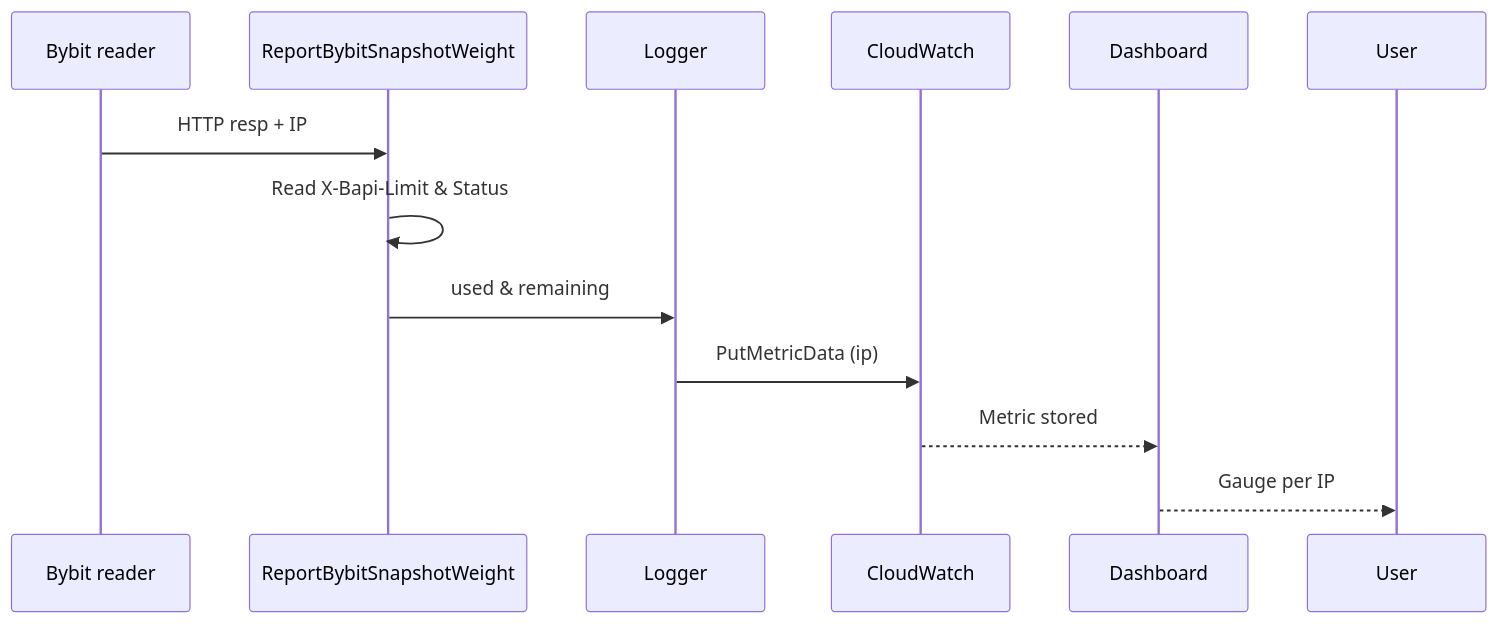
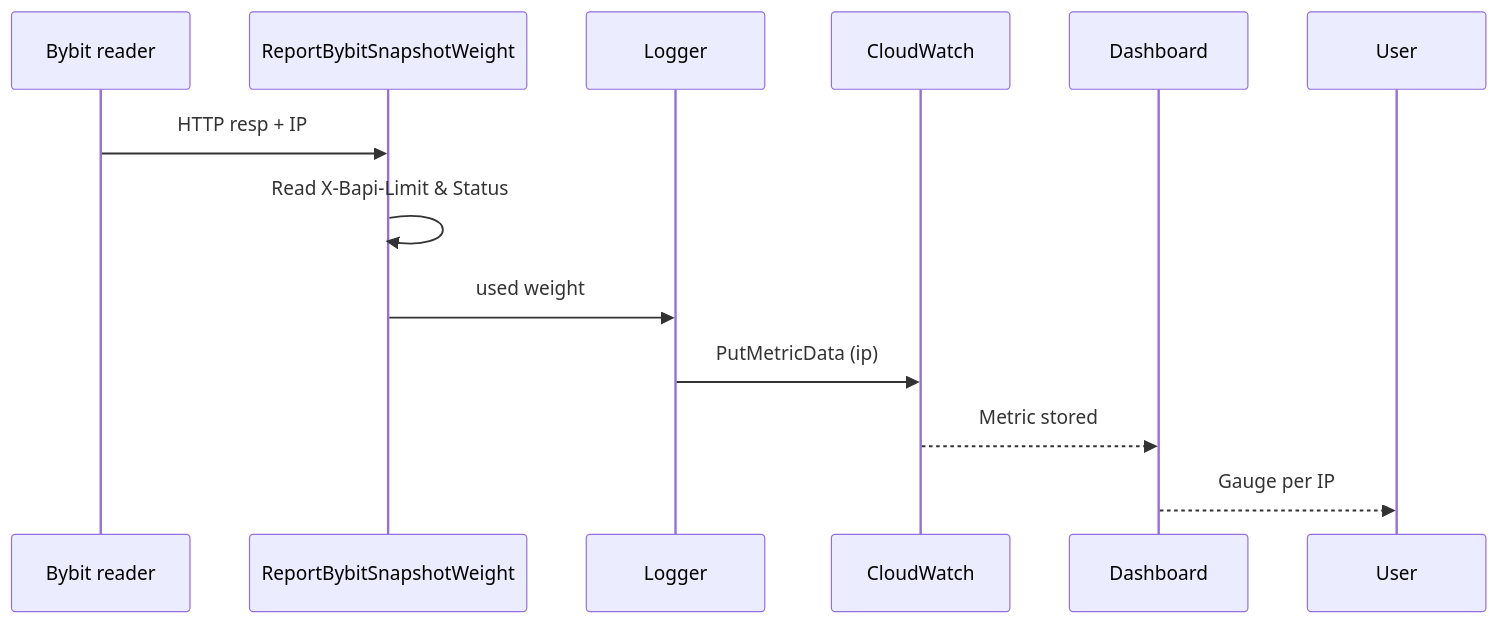
The third of 5 diagrams in internal/metrics/rate/rate.md (rahjooh/CryptoTrade), drawn with Mermaid before and after one commit. The commit also changed other lines of this file and 8 other files, not shown here.

Commit message:
Simplify rate limit metrics to used weight

````diff
--- a/internal/metrics/rate/rate.md
+++ b/internal/metrics/rate/rate.md
@@ -63,15 +63,15 @@
 ```mermaid
 sequenceDiagram
     participant R as Bybit reader
     participant Rate as ReportBybitSnapshotWeight
     participant L as Logger
     participant CW as CloudWatch
     participant D as Dashboard
 
     R->>Rate: HTTP resp + IP
     Rate->>Rate: Read X-Bapi-Limit & Status
-    Rate->>L: used & remaining
+    Rate->>L: used weight
     L->>CW: PutMetricData (ip)
     CW-->>D: Metric stored
     D-->>User: Gauge per IP
 ```
````
